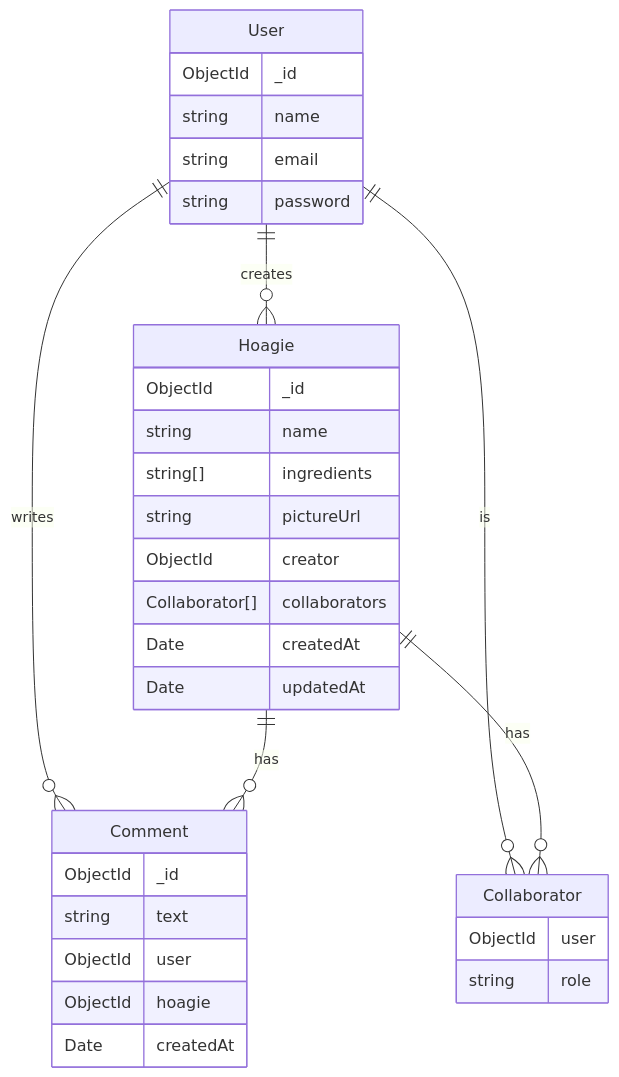
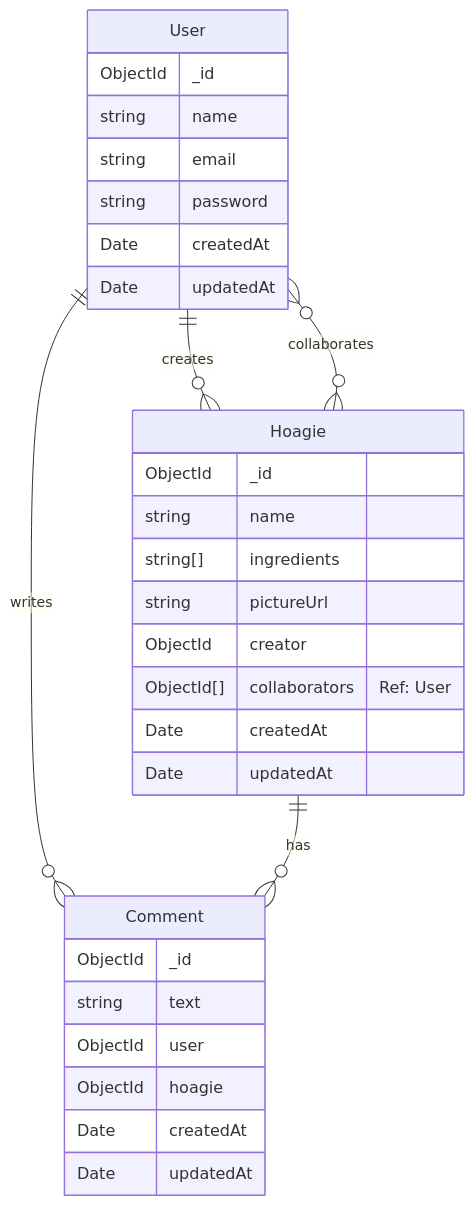
One commit to Gustakitos/hoagies changed the first of 2 diagrams in ARCHITECTURE.md. Above: the diagram before and after it, drawn with Mermaid. The commit also changed other lines of this file and 4 other files, not shown here.

Commit message:
feat: architecture diagram, and add README files for backend and frontend

````diff
--- a/ARCHITECTURE.md
+++ b/ARCHITECTURE.md
@@ -5,39 +5,36 @@
 ```mermaid
 erDiagram
     User ||--o{ Hoagie : "creates"
+    User }o--o{ Hoagie : "collaborates"
     User ||--o{ Comment : "writes"
-    User ||--o{ Collaborator : "is"
     Hoagie ||--o{ Comment : "has"
-    Hoagie ||--o{ Collaborator : "has"
 
     User {
         ObjectId _id
         string name
         string email
         string password
+        Date createdAt
+        Date updatedAt
     }
 
     Hoagie {
         ObjectId _id
         string name
         string[] ingredients
         string pictureUrl
         ObjectId creator
-        Collaborator[] collaborators
+        ObjectId[] collaborators "Ref: User"
         Date createdAt
         Date updatedAt
-    }
-
-    Collaborator {
-        ObjectId user
-        string role
     }
 
     Comment {
         ObjectId _id
         string text
         ObjectId user
         ObjectId hoagie
         Date createdAt
+        Date updatedAt
     }
 ```
````
